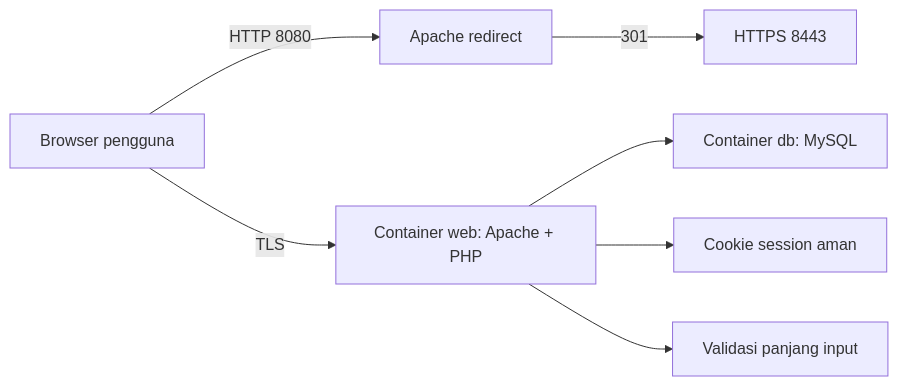
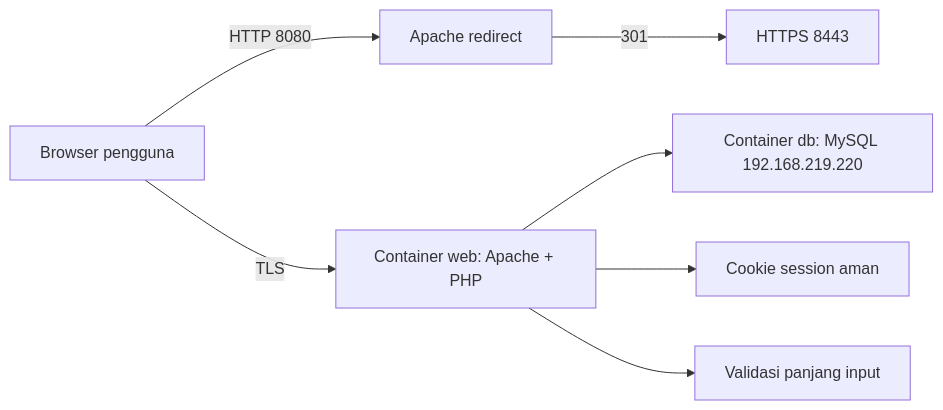
Before and after one commit to ArdeezYy/mawang_clo2: the diagram in docs/DOKUMENTASI_APLIKASI.md, drawn with Mermaid. The commit also changed other lines of this file and 2 other files, not shown here.

````diff
--- a/docs/DOKUMENTASI_APLIKASI.md
+++ b/docs/DOKUMENTASI_APLIKASI.md
@@ -46,9 +50,9 @@
 ```mermaid
 flowchart LR
     Browser["Browser pengguna"] -->|HTTP 8080| Redirect["Apache redirect"]
     Redirect -->|301| HTTPS["HTTPS 8443"]
     Browser -->|TLS| Web["Container web: Apache + PHP"]
-    Web --> DB["Container db: MySQL"]
+    Web --> DB["Container db: MySQL 192.168.219.220"]
     Web --> Session["Cookie session aman"]
     Web --> Limit["Validasi panjang input"]
 ```
````
